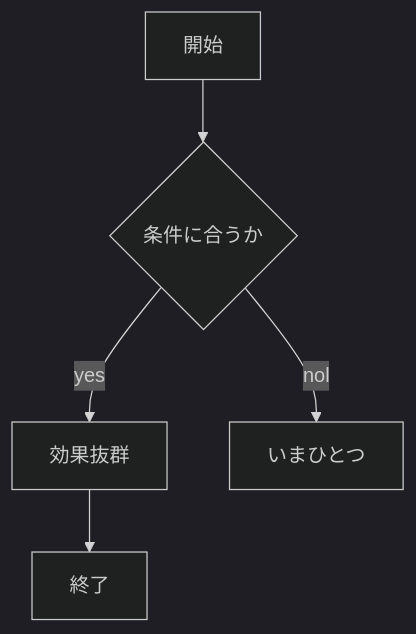
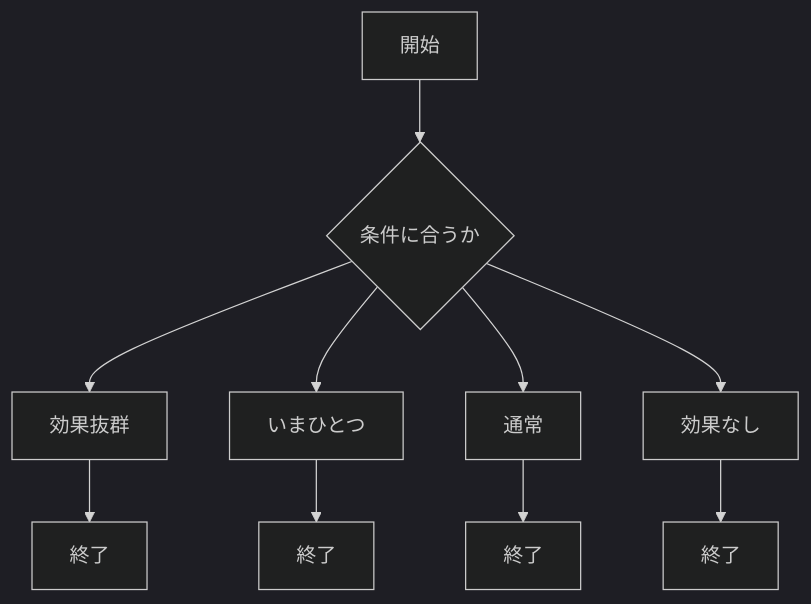
Before and after one commit to Nagatsumatoui/webpro_06: the second of 2 diagrams in README.md, drawn with Mermaid (dark theme). The commit also changed 2 other files, not shown here.

Commit message:
‘変更’

````diff
--- a/README.md
+++ b/README.md
@@ -34,14 +34,24 @@
 ```mermaid
 flowchart TD;
 
 start["開始"];
 end1["終了"]
+end2["終了"]
+end3["終了"]
+end4["終了"]
 if{"条件に合うか"}
 win["効果抜群"]
 loose["いまひとつ"]
+draw["通常"]
+noeffect["効果なし"]
 
 start --> if
-if -->|yes| win
+if --> win
 win --> end1
-if -->|nol| loose
+if -->  loose
+loose --> end2
+if --> draw
+draw --> end3
+if --> noeffect
+noeffect --> end4
 ```
````
